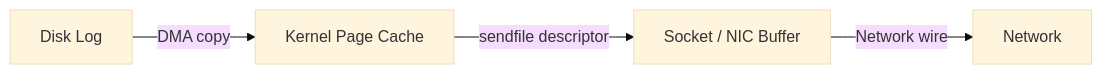
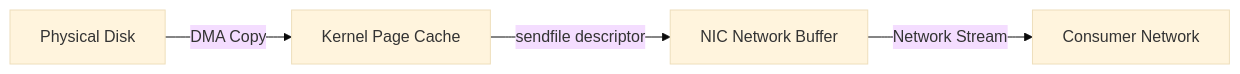
Before and after one commit to Prayag2003/system-design: the fifth of 5 diagrams in concepts/kafka/02-kafka.md, drawn with Mermaid (base theme). The commit also changed other lines of this file and 2 other files, not shown here.

Commit message:
[feat-kafka]: consolidate 02-kafka architecture and add 20 interview Q&As in 03-qna

````diff
--- a/concepts/kafka/02-kafka.md
+++ b/concepts/kafka/02-kafka.md
@@ -689,6 +395,6 @@
-```mermaid
-flowchart LR
-    Disk[Disk Log] -->|DMA copy| PageCache[Kernel Page Cache]
-    PageCache -->|sendfile descriptor| NIC[Socket / NIC Buffer]
-    NIC -->|Network wire| Consumer[Network]
-```
+   ```mermaid
+   flowchart LR
+       Disk[Physical Disk] -->|DMA Copy| PageCache[Kernel Page Cache]
+       PageCache -->|sendfile descriptor| NIC[NIC Network Buffer]
+       NIC -->|Network Stream| Consumer[Consumer Network]
+   ```
````
